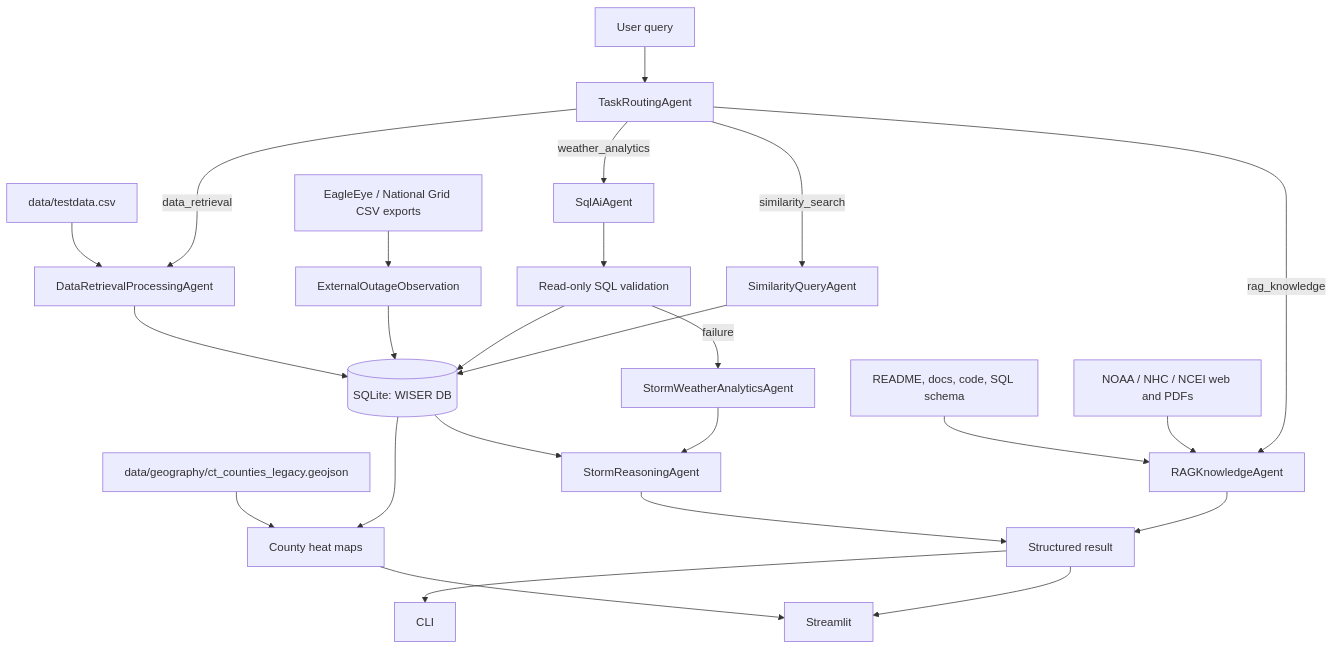
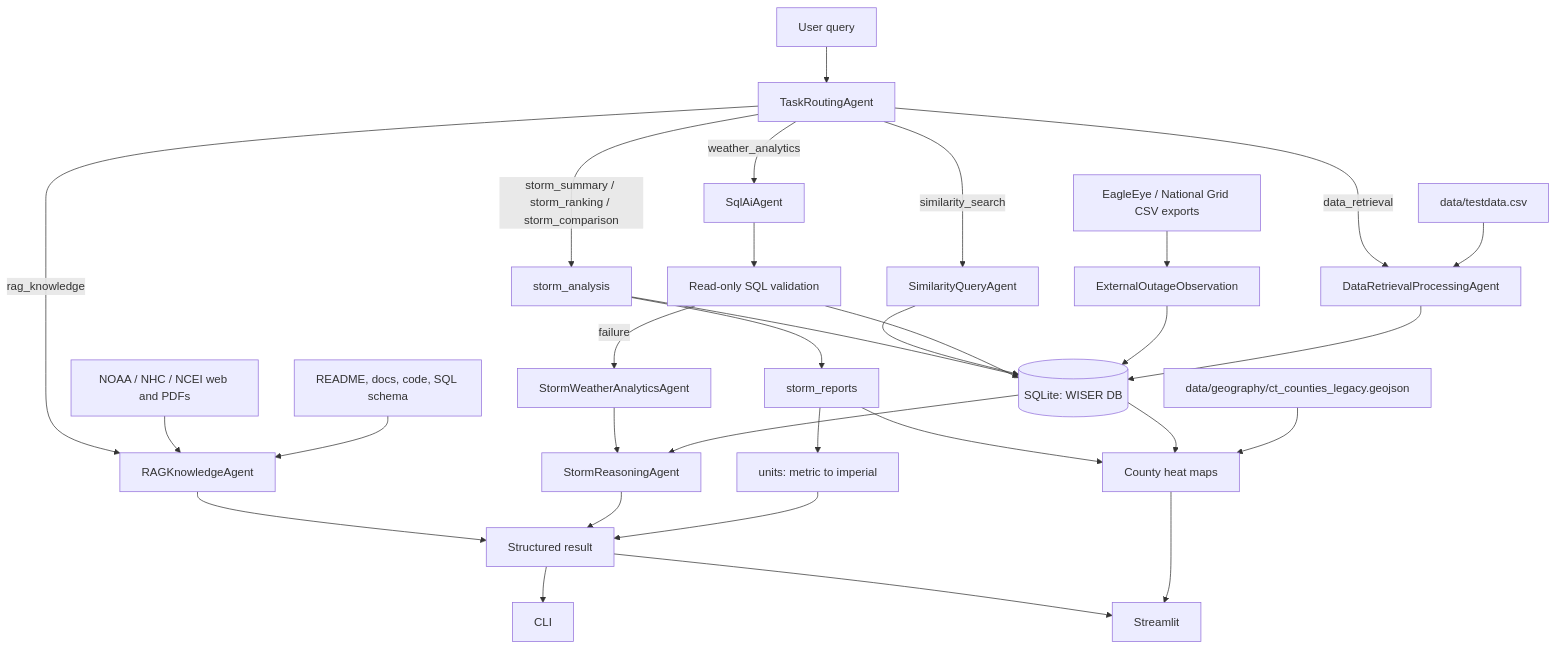
One commit to jgb23002/WISER changed the diagram in docs/WISER_DOCUMENTATION.md. Above: the diagram before and after it, drawn with Mermaid. The commit also changed other lines of this file and 4 other files, not shown here.

````diff
--- a/docs/WISER_DOCUMENTATION.md
+++ b/docs/WISER_DOCUMENTATION.md
@@ -7,27 +7,33 @@
 ```mermaid
 flowchart TD
     CSV[data/testdata.csv] --> PIPE[DataRetrievalProcessingAgent]
     PIPE --> DB[(SQLite: WISER DB)]
     EXT[EagleEye / National Grid CSV exports] --> STAGE[ExternalOutageObservation]
     STAGE --> DB
     DOCS[README, docs, code, SQL schema] --> RAG[RAGKnowledgeAgent]
     WEB[NOAA / NHC / NCEI web and PDFs] --> RAG
     Q[User query] --> ROUTER[TaskRoutingAgent]
     ROUTER -->|data_retrieval| PIPE
     ROUTER -->|weather_analytics| SQLAI[SqlAiAgent]
     SQLAI --> VALIDATE[Read-only SQL validation]
     VALIDATE --> DB
     VALIDATE -->|failure| FALLBACK[StormWeatherAnalyticsAgent]
     DB --> REASON[StormReasoningAgent]
     FALLBACK --> REASON
     GEO[data/geography/ct_counties_legacy.geojson] --> VIZ[County heat maps]
     DB --> VIZ
     ROUTER -->|similarity_search| SIM[SimilarityQueryAgent]
     SIM --> DB
+    ROUTER -->|storm_summary / storm_ranking / storm_comparison| SA[storm_analysis]
+    SA --> DB
+    SA --> REPORTS[storm_reports]
+    REPORTS --> UNITS[units: metric to imperial]
+    REPORTS --> VIZ
+    UNITS --> OUT
     ROUTER -->|rag_knowledge| RAG
     REASON --> OUT[Structured result]
     VIZ --> UI[Streamlit]
     RAG --> OUT
     OUT --> CLI[CLI]
     OUT --> UI[Streamlit]
 ```
````
